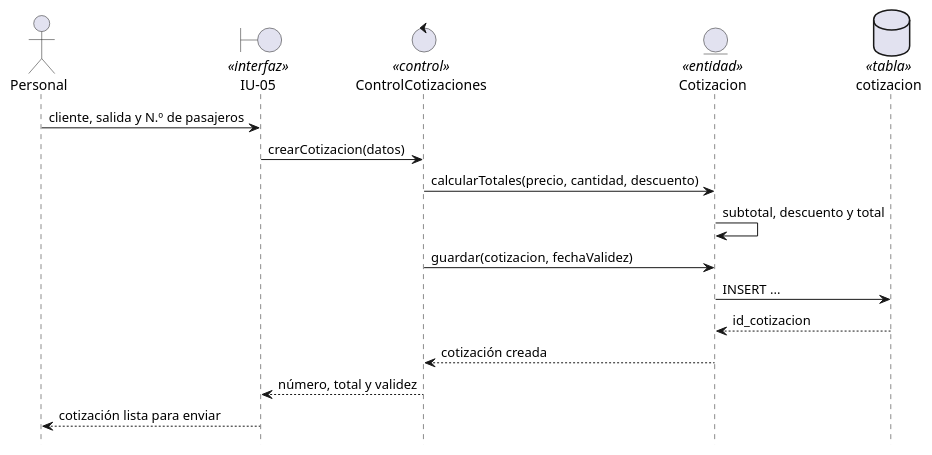
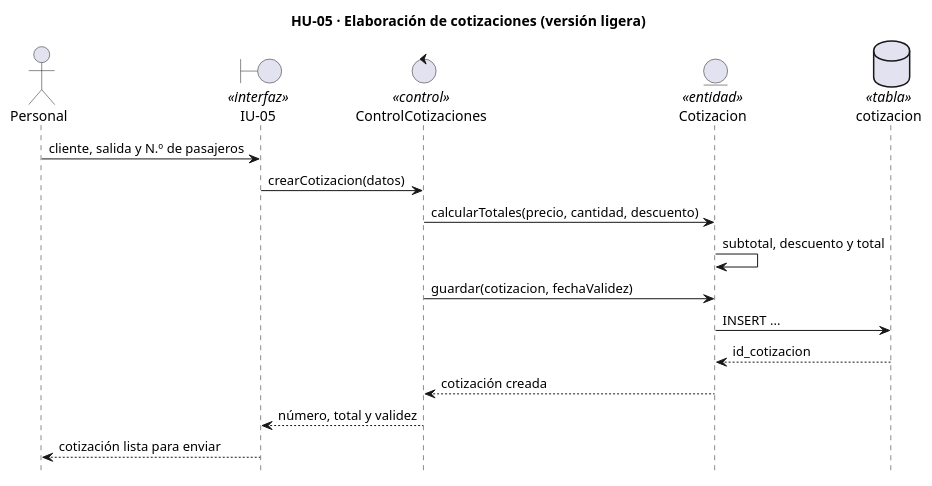
The diagram in sistema/diagramas/uml/secuencia-light/hu-05-elaborar-cotizacion.puml (fervflow/sis-inf3-proyecto-formativo), drawn with PlantUML before and after one commit. The commit also changed 24 other files, not shown here.

Commit message:
feat: titulo de HU en diagramas de secuencia

```diff
--- a/sistema/diagramas/uml/secuencia-light/hu-05-elaborar-cotizacion.puml
+++ b/sistema/diagramas/uml/secuencia-light/hu-05-elaborar-cotizacion.puml
@@ -1,21 +1,21 @@
 @startuml
-' HU-05 · Elaboración de cotizaciones (versión ligera)
+title HU-05 · Elaboración de cotizaciones (versión ligera)
 hide footbox
 
 actor "Personal" as PER
 boundary "IU-05" as UI <<interfaz>>
 control "ControlCotizaciones" as CTRL <<control>>
 entity "Cotizacion" as E_COTIZACION <<entidad>>
 database "cotizacion" as T_COTIZACION <<tabla>>
 
 PER -> UI : cliente, salida y N.º de pasajeros
 UI -> CTRL : crearCotizacion(datos)
 CTRL -> E_COTIZACION : calcularTotales(precio, cantidad, descuento)
 E_COTIZACION -> E_COTIZACION : subtotal, descuento y total
 CTRL -> E_COTIZACION : guardar(cotizacion, fechaValidez)
 E_COTIZACION -> T_COTIZACION : INSERT ...
 T_COTIZACION --> E_COTIZACION : id_cotizacion
 E_COTIZACION --> CTRL : cotización creada
 CTRL --> UI : número, total y validez
 UI --> PER : cotización lista para enviar
 @enduml
```
